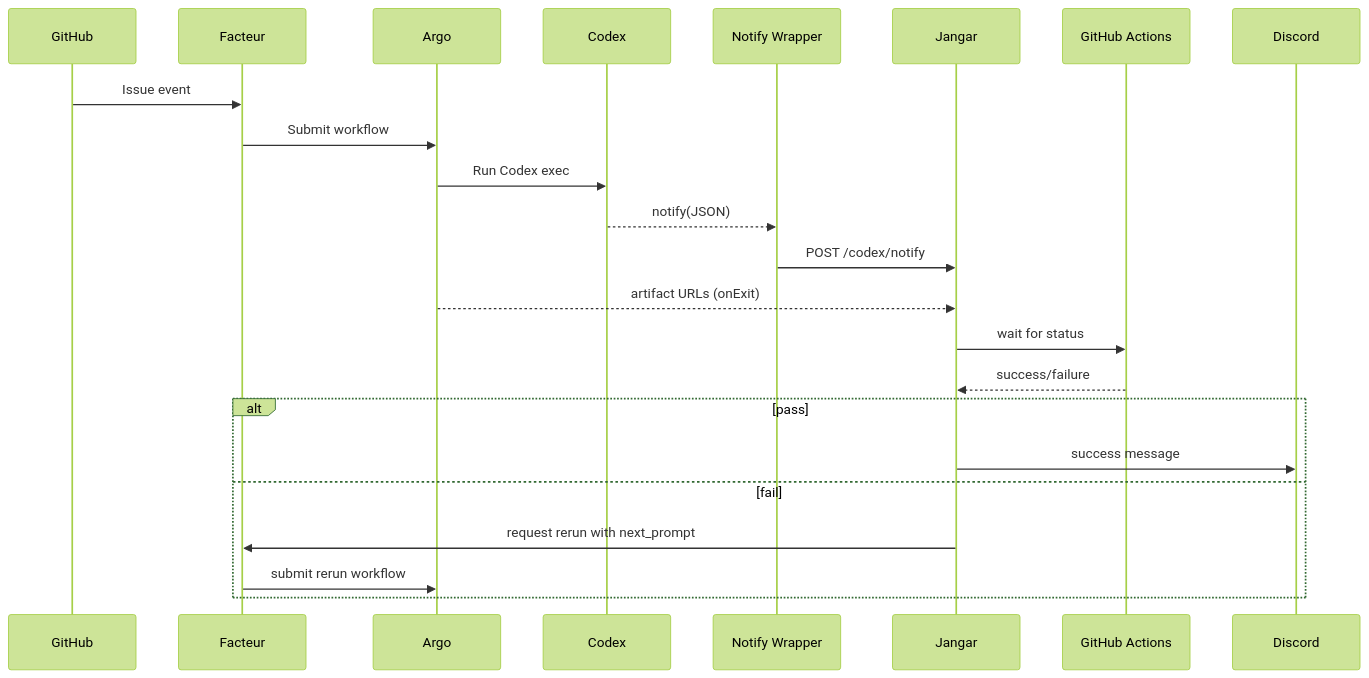
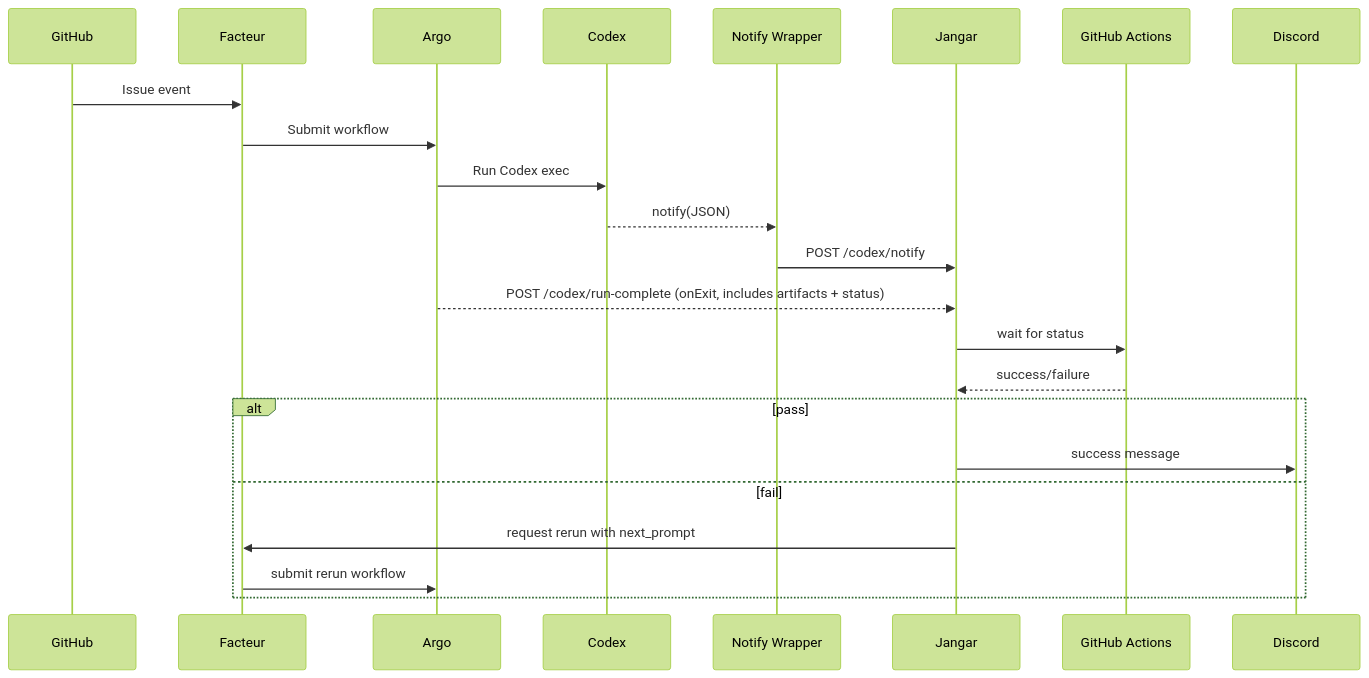
The second of 3 diagrams in docs/jangar/codex-judge-argo-design.md (proompteng/lab), drawn with Mermaid (forest theme) before and after one commit. The commit also changed other lines of this file and 1 other file, not shown here.

Commit message:
docs(jangar): add run-complete ingestion path

````diff
--- a/docs/jangar/codex-judge-argo-design.md
+++ b/docs/jangar/codex-judge-argo-design.md
@@ -68,26 +70,26 @@
 ```mermaid
 sequenceDiagram
   participant GH as GitHub
   participant F as Facteur
   participant A as Argo
   participant C as Codex
   participant W as Notify Wrapper
   participant J as Jangar
   participant CI as GitHub Actions
   participant D as Discord
 
   GH->>F: Issue event
   F->>A: Submit workflow
   A->>C: Run Codex exec
   C-->>W: notify(JSON)
   W->>J: POST /codex/notify
-  A-->>J: artifact URLs (onExit)
+  A-->>J: POST /codex/run-complete (onExit, includes artifacts + status)
   J->>CI: wait for status
   CI-->>J: success/failure
   alt pass
     J->>D: success message
   else fail
     J->>F: request rerun with next_prompt
     F->>A: submit rerun workflow
   end
 ```
````
